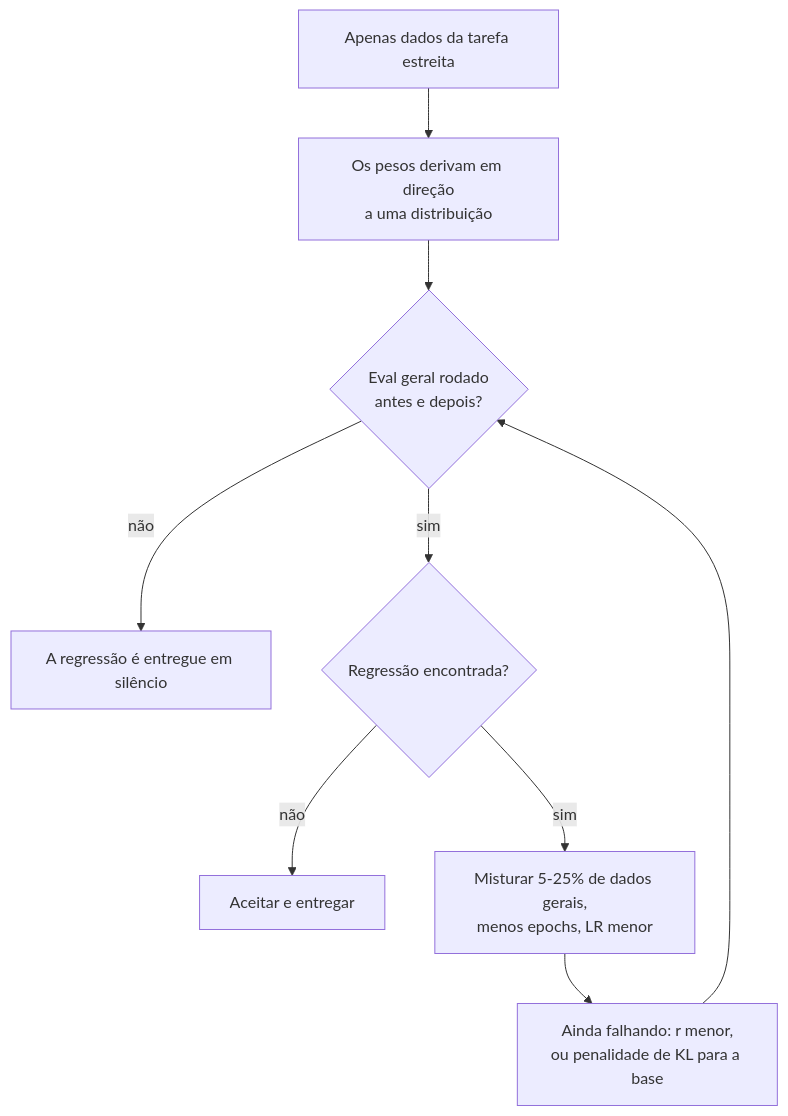
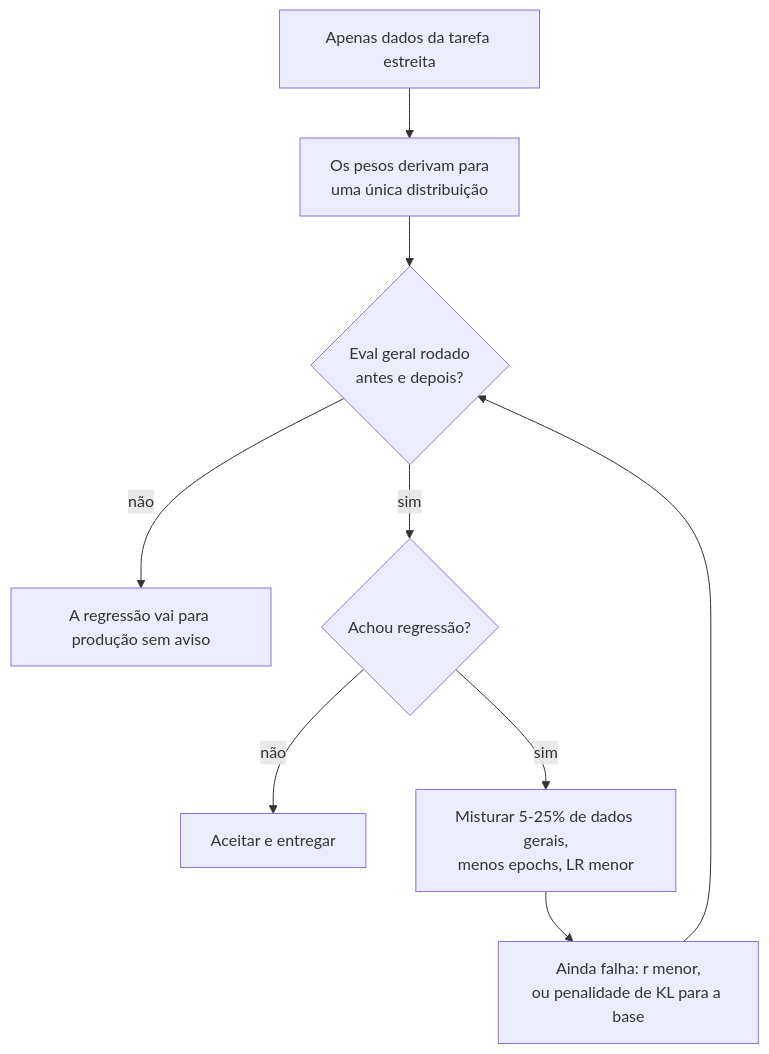
Before and after one commit to andrevberaldo/AI-Engineer-Interview-Questions: the fifth of 29 diagrams in 05-fine-tuning-and-alignment/questions.pt-BR.md, drawn with Mermaid. The commit also changed other lines of this file and 1 other file, not shown here.

````diff
--- a/05-fine-tuning-and-alignment/questions.pt-BR.md
+++ b/05-fine-tuning-and-alignment/questions.pt-BR.md
@@ -227,11 +227,11 @@
 ```mermaid
 flowchart TD
-    A["Apenas dados da tarefa estreita"] --> B["Os pesos derivam em direção<br/>a uma distribuição"]
+    A["Apenas dados da tarefa estreita"] --> B["Os pesos derivam para<br/>uma única distribuição"]
     B --> C{"Eval geral rodado<br/>antes e depois?"}
-    C -->|"não"| D["A regressão é entregue em silêncio"]
-    C -->|"sim"| E{"Regressão encontrada?"}
+    C -->|"não"| D["A regressão vai para produção sem aviso"]
+    C -->|"sim"| E{"Achou regressão?"}
     E -->|"não"| F["Aceitar e entregar"]
     E -->|"sim"| G["Misturar 5-25% de dados gerais,<br/>menos epochs, LR menor"]
-    G --> H["Ainda falhando: r menor,<br/>ou penalidade de KL para a base"]
+    G --> H["Ainda falha: r menor,<br/>ou penalidade de KL para a base"]
     H --> C
 ```
````
